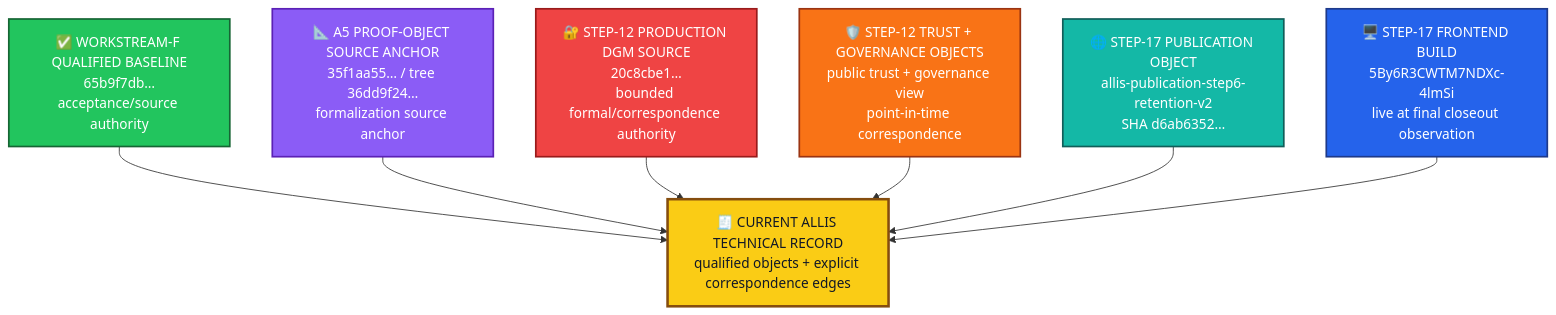
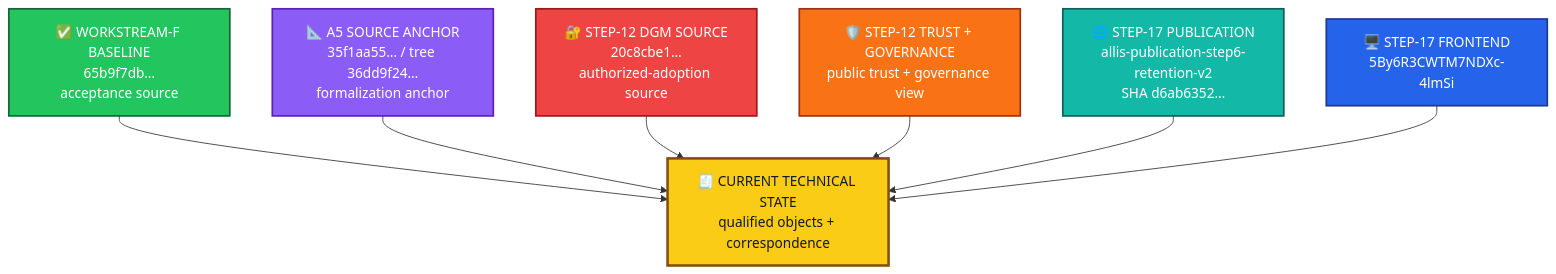
One commit to kiddstechnical/ALLIS-Artificial-Learning-and-Location-Intelligence-System changed the second of 9 diagrams in CURRENT.md. Above: the diagram before and after it, drawn with Mermaid. The commit also changed other lines of this file, not shown here.

````diff
--- a/CURRENT.md
+++ b/CURRENT.md
@@ -103,31 +82,31 @@
 ```mermaid
 flowchart TB
-    F["✅ WORKSTREAM-F QUALIFIED BASELINE<br/>65b9f7db…<br/>acceptance/source authority"]:::source
+    F["✅ WORKSTREAM-F BASELINE<br/>65b9f7db…<br/>acceptance source"]:::source
 
-    A["📐 A5 PROOF-OBJECT SOURCE ANCHOR<br/>35f1aa55… / tree 36dd9f24…<br/>formalization source anchor"]:::proof
+    A["📐 A5 SOURCE ANCHOR<br/>35f1aa55… / tree 36dd9f24…<br/>formalization anchor"]:::proof
 
-    D["🔐 STEP-12 PRODUCTION DGM SOURCE<br/>20c8cbe1…<br/>bounded formal/correspondence authority"]:::dgm
+    D["🔐 STEP-12 DGM SOURCE<br/>20c8cbe1…<br/>authorized-adoption source"]:::dgm
 
-    T["🛡️ STEP-12 TRUST + GOVERNANCE OBJECTS<br/>public trust + governance view<br/>point-in-time correspondence"]:::trust
+    T["🛡️ STEP-12 TRUST + GOVERNANCE<br/>public trust + governance view"]:::trust
 
-    P["🌐 STEP-17 PUBLICATION OBJECT<br/>allis-publication-step6-retention-v2<br/>SHA d6ab6352…"]:::pub
+    P["🌐 STEP-17 PUBLICATION<br/>allis-publication-step6-retention-v2<br/>SHA d6ab6352…"]:::pub
 
-    G["🖥️ STEP-17 FRONTEND BUILD<br/>5By6R3CWTM7NDXc-4lmSi<br/>live at final closeout observation"]:::gui
+    G["🖥️ STEP-17 FRONTEND<br/>5By6R3CWTM7NDXc-4lmSi"]:::gui
 
-    C["🧾 CURRENT ALLIS TECHNICAL RECORD<br/>qualified objects + explicit correspondence edges"]:::current
+    C["🧾 CURRENT TECHNICAL STATE<br/>qualified objects + correspondence"]:::current
 
     F --> C
     A --> C
     D --> C
     T --> C
     P --> C
     G --> C
 
     classDef source fill:#22c55e,stroke:#166534,color:#ffffff,stroke-width:2px;
     classDef proof fill:#8b5cf6,stroke:#5b21b6,color:#ffffff,stroke-width:2px;
     classDef dgm fill:#ef4444,stroke:#991b1b,color:#ffffff,stroke-width:2px;
     classDef trust fill:#f97316,stroke:#9a3412,color:#ffffff,stroke-width:2px;
     classDef pub fill:#14b8a6,stroke:#115e59,color:#ffffff,stroke-width:2px;
     classDef gui fill:#2563eb,stroke:#1e3a8a,color:#ffffff,stroke-width:2px;
     classDef current fill:#facc15,stroke:#854d0e,color:#111827,stroke-width:3px;
 ```
````
